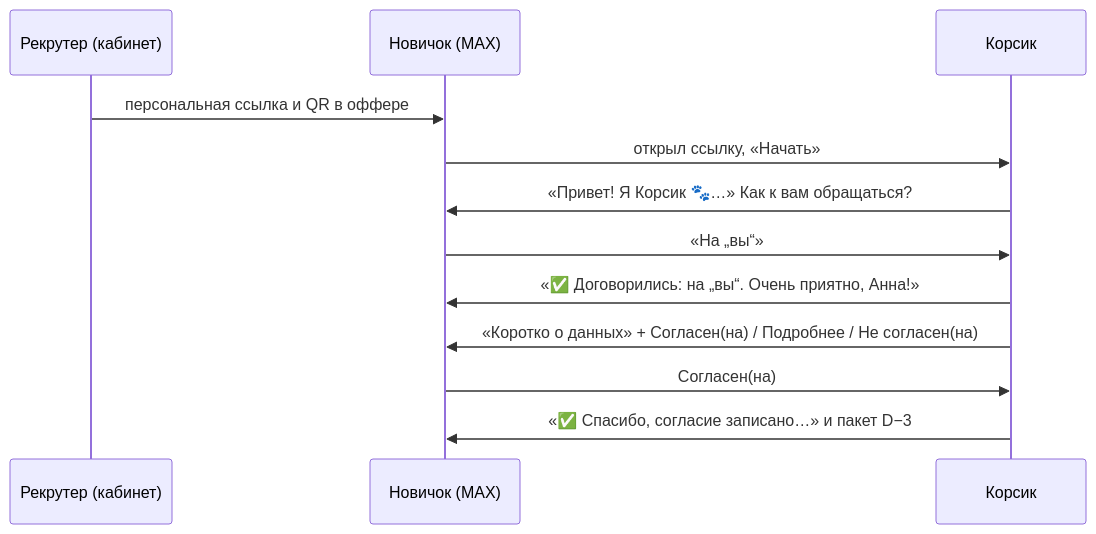
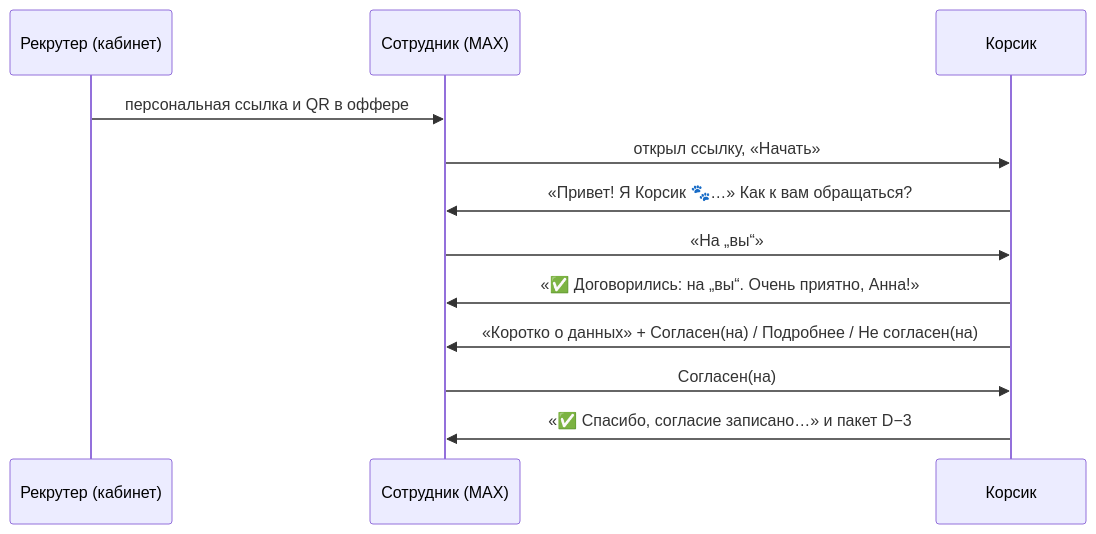
The first of 5 diagrams in agency/system/Human/02-bot-behaviour.md (kunak-agency/polyplastic-bot), drawn with Mermaid before and after one commit. The commit also changed other lines of this file and 99 other files, not shown here.

````diff
--- a/agency/system/Human/02-bot-behaviour.md
+++ b/agency/system/Human/02-bot-behaviour.md
@@ -21,14 +21,14 @@
 ```mermaid
 sequenceDiagram
     participant R as Рекрутер (кабинет)
-    participant N as Новичок (MAX)
+    participant N as Сотрудник (MAX)
     participant B as Корсик
     R->>N: персональная ссылка и QR в оффере
     N->>B: открыл ссылку, «Начать»
     B->>N: «Привет! Я Корсик 🐾…» Как к вам обращаться?
     N->>B: «На „вы“»
     B->>N: «✅ Договорились: на „вы“. Очень приятно, Анна!»
     B->>N: «Коротко о данных» + Согласен(на) / Подробнее / Не согласен(на)
     N->>B: Согласен(на)
     B->>N: «✅ Спасибо, согласие записано…» и пакет D−3
 ```
````
